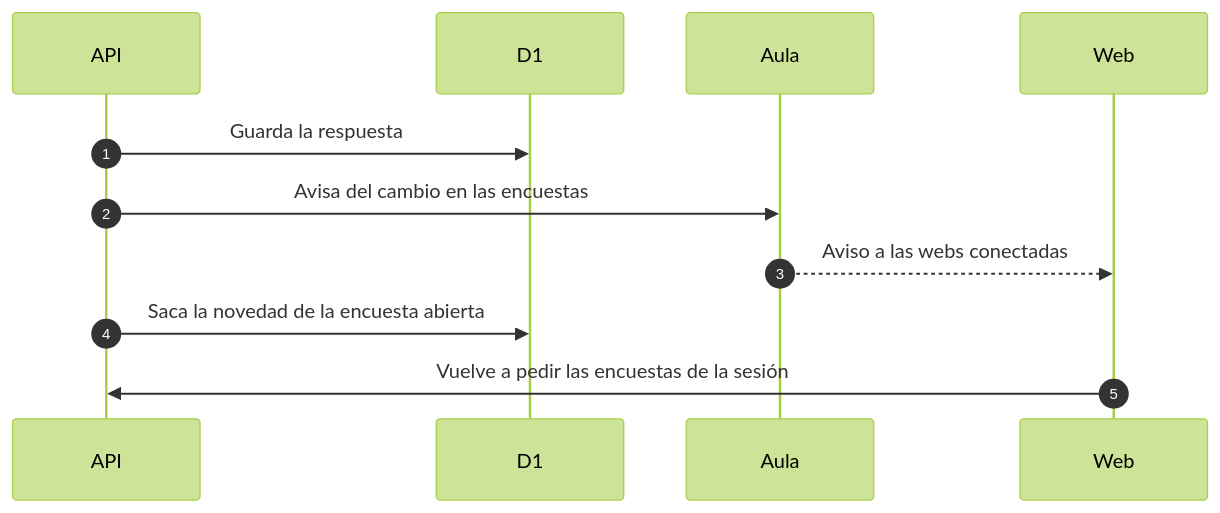
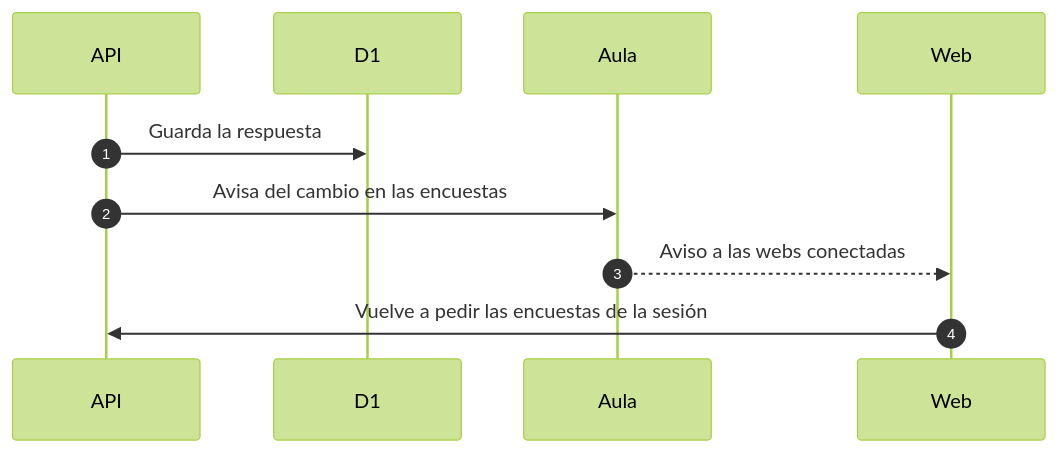
Before and after one commit to filadd/agentic-engineering-famaf-extension-course: the fifth of 5 diagrams in app/docs/architecture/feedback-de-sesion.md, drawn with Mermaid (forest theme). The commit also changed other lines of this file and 12 other files, not shown here.

````diff
--- a/app/docs/architecture/feedback-de-sesion.md
+++ b/app/docs/architecture/feedback-de-sesion.md
@@ -147,14 +149,13 @@
 ```mermaid
 sequenceDiagram
     autonumber
     participant API as API
     participant DB as D1
     participant Au as Aula
     participant W as Web
 
     API->>DB: Guarda la respuesta
     API->>Au: Avisa del cambio en las encuestas
     Au-->>W: Aviso a las webs conectadas
-    API->>DB: Saca la novedad de la encuesta abierta
     W->>API: Vuelve a pedir las encuestas de la sesión
 ```
````
